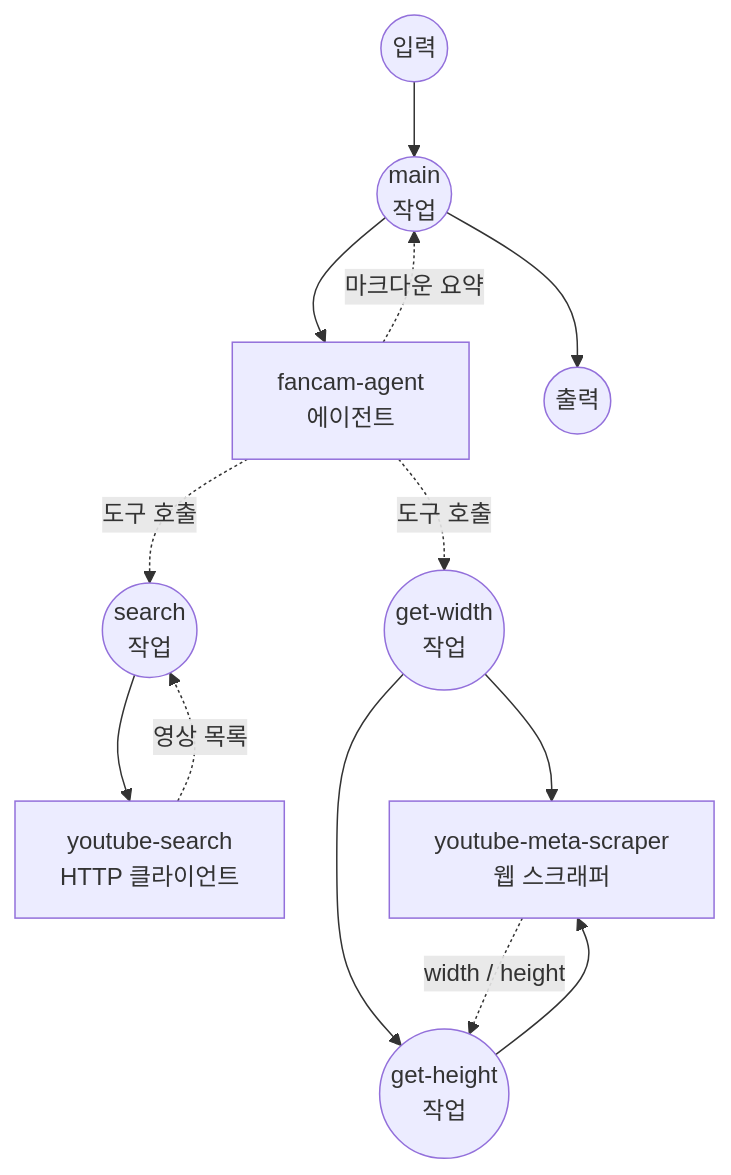
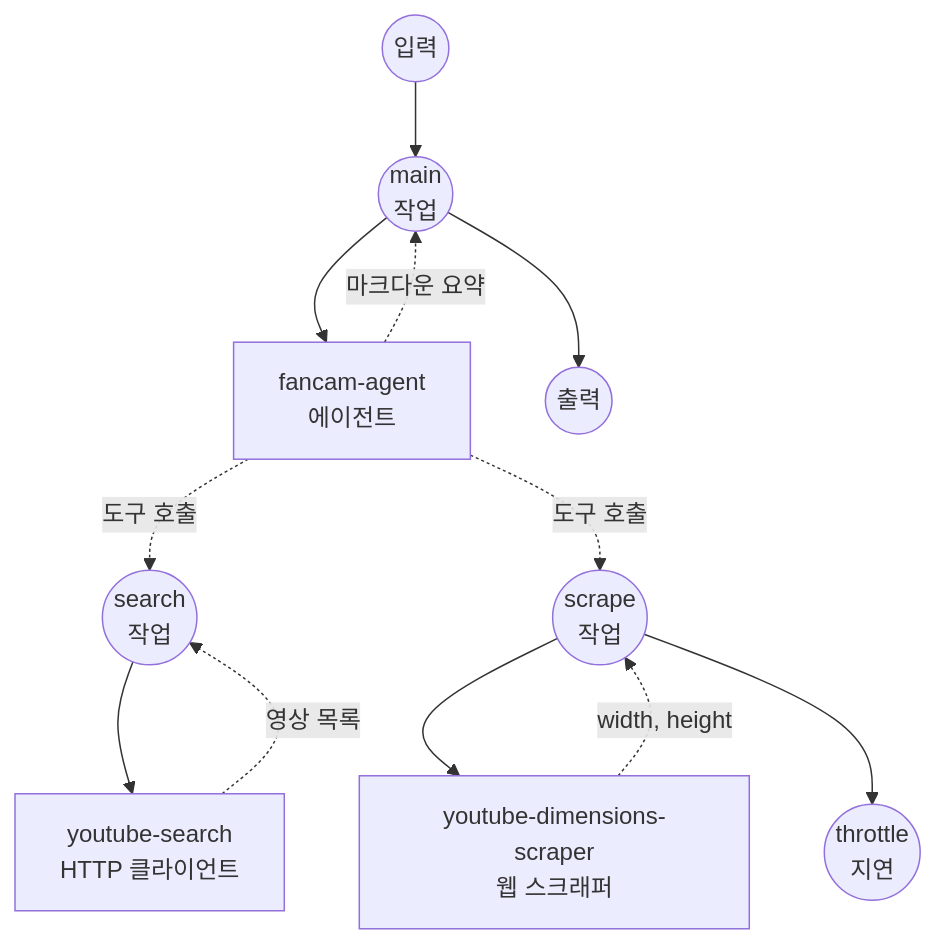
The diagram in examples/agents/kpop-fancam-collector/README.ko.md (hanyeol/model-compose), drawn with Mermaid before and after one commit. The commit also changed other lines of this file and 3 other files, not shown here.

````diff
--- a/examples/agents/kpop-fancam-collector/README.ko.md
+++ b/examples/agents/kpop-fancam-collector/README.ko.md
@@ -141,31 +142,30 @@
 ```mermaid
 graph TD
     %% Jobs (circles)
     JM((main<br/>작업))
     JS((search<br/>작업))
-    JW((get-width<br/>작업))
-    JH((get-height<br/>작업))
+    JD((scrape<br/>작업))
+    JT((throttle<br/>지연))
 
     %% Components (rectangles)
     CA[fancam-agent<br/>에이전트]
     CS[youtube-search<br/>HTTP 클라이언트]
-    CM[youtube-meta-scraper<br/>웹 스크래퍼]
+    CD[youtube-dimensions-scraper<br/>웹 스크래퍼]
 
     %% main workflow
     Input((입력)) --> JM
     JM --> CA
     CA -.-> |마크다운 요약| JM
     JM --> Output((출력))
 
     %% search-fancams (에이전트 도구)
     CA -.-> |도구 호출| JS
     JS --> CS
     CS -.-> |영상 목록| JS
 
     %% get-video-dimensions (에이전트 도구)
-    CA -.-> |도구 호출| JW
-    JW --> CM
-    JW --> JH
-    JH --> CM
-    CM -.-> |width / height| JH
+    CA -.-> |도구 호출| JD
+    JD --> CD
+    CD -.-> |width, height| JD
+    JD --> JT
 ```
````
